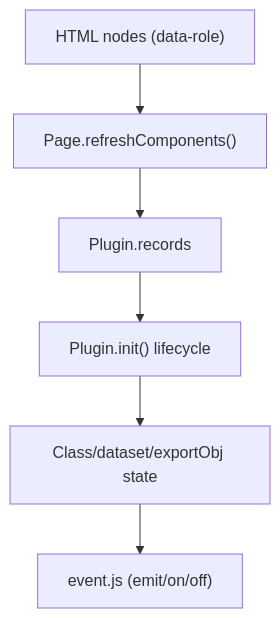
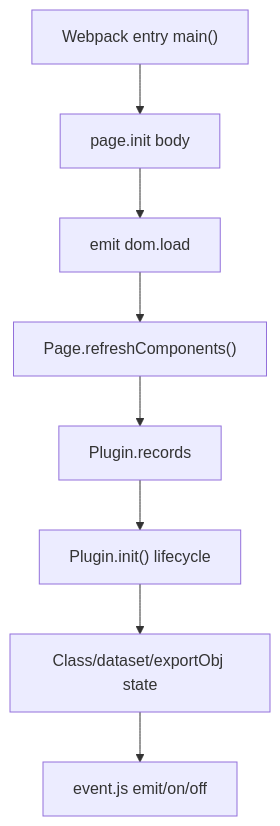
One commit to shishiv30/pure changed the diagram in client.md. Above: the diagram before and after it, drawn with Mermaid. The commit also changed other lines of this file and 23 other files, not shown here.

````diff
--- a/client.md
+++ b/client.md
@@ -25,8 +29,10 @@
 ```mermaid
 flowchart TD
-  htmlNodes["HTML nodes (data-role)"] --> pageRefresh["Page.refreshComponents()"]
+  bundle["Webpack entry main()"] --> pageInit["page.init body"]
+  pageInit --> domLoad["emit dom.load"]
+  domLoad --> pageRefresh["Page.refreshComponents()"]
   pageRefresh --> pluginRegistry["Plugin.records"]
   pluginRegistry --> pluginInit["Plugin.init() lifecycle"]
   pluginInit --> pluginState["Class/dataset/exportObj state"]
-  pluginState --> eventBus["event.js (emit/on/off)"]
+  pluginState --> eventBus["event.js emit/on/off"]
 ```
````
